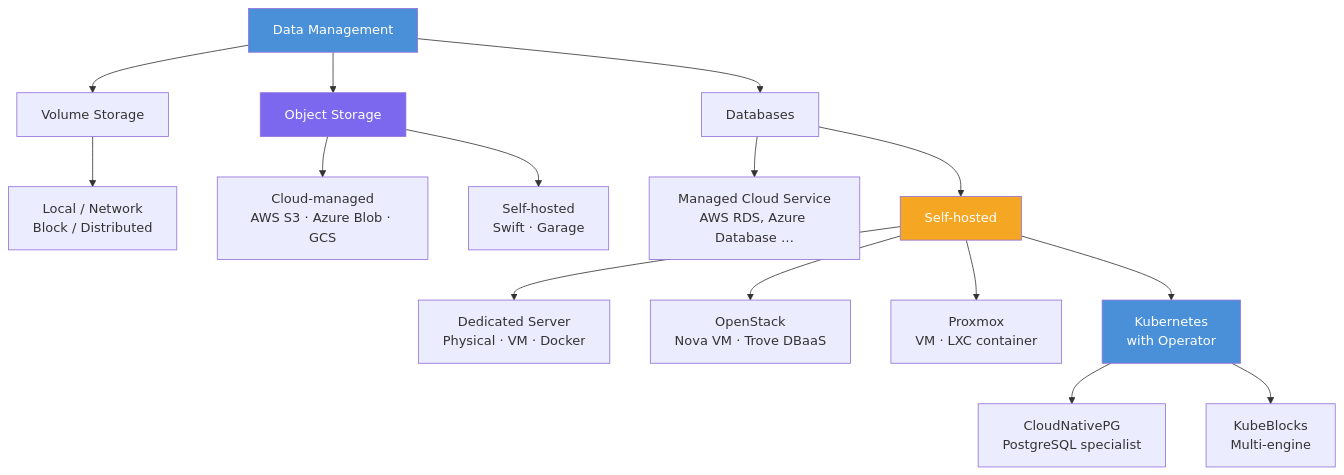
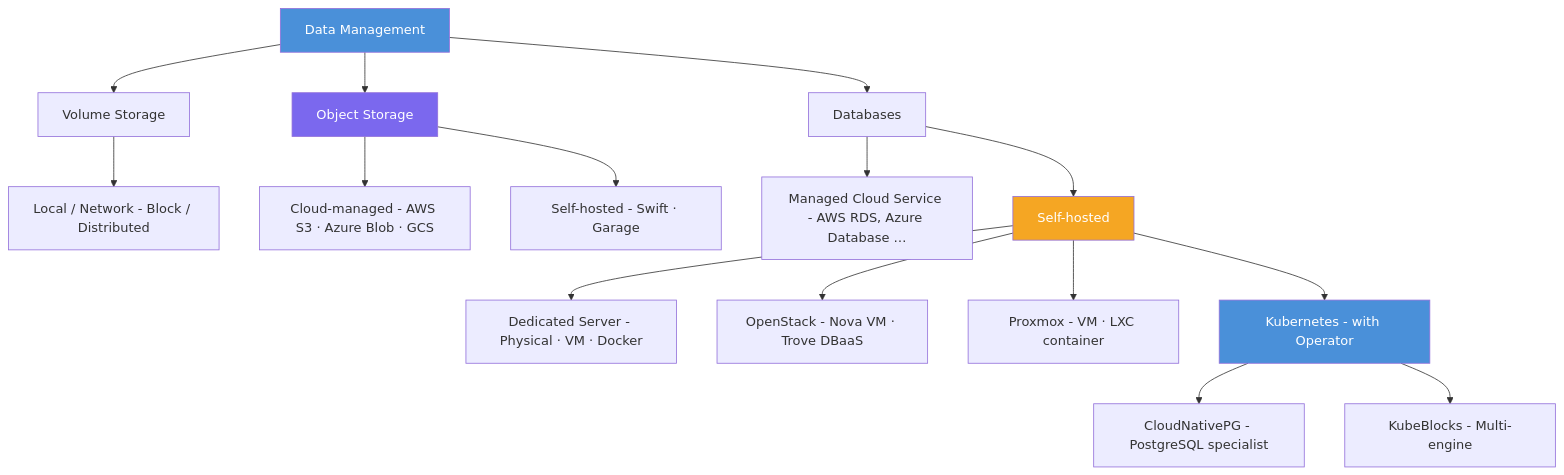
The fifth of 5 diagrams in pages/Data_storage.qmd (abecam/DeKCD-DMOnTheCloud), drawn with Mermaid before and after one commit. The commit also changed other lines of this file, not shown here.

Commit message:
Fixed mermaid schemas (\n replaced to -).

````diff
--- a/pages/Data_storage.qmd
+++ b/pages/Data_storage.qmd
@@ -234,26 +234,26 @@
 ```{mermaid}
 flowchart TD
     DM[Data Management]
     DM --> VS[Volume Storage]
     DM --> OS[Object Storage]
     DM --> DB[Databases]
 
-    VS --> LT[Local / Network\nBlock / Distributed]
+    VS --> LT[Local / Network - Block / Distributed]
 
-    OS --> SAAS[Cloud-managed\nAWS S3 · Azure Blob · GCS]
-    OS --> SH[Self-hosted\nSwift · Garage]
+    OS --> SAAS[Cloud-managed - AWS S3 · Azure Blob · GCS]
+    OS --> SH[Self-hosted - Swift · Garage]
 
-    DB --> MS[Managed Cloud Service\nAWS RDS, Azure Database …]
+    DB --> MS[Managed Cloud Service - AWS RDS, Azure Database …]
     DB --> SELF[Self-hosted]
-    SELF --> DS[Dedicated Server\nPhysical · VM · Docker]
-    SELF --> OST[OpenStack\nNova VM · Trove DBaaS]
-    SELF --> PX[Proxmox\nVM · LXC container]
-    SELF --> K8S[Kubernetes\nwith Operator]
-    K8S --> CNPG[CloudNativePG\nPostgreSQL specialist]
-    K8S --> KB[KubeBlocks\nMulti-engine]
+    SELF --> DS[Dedicated Server - Physical · VM · Docker]
+    SELF --> OST[OpenStack - Nova VM · Trove DBaaS]
+    SELF --> PX[Proxmox - VM · LXC container]
+    SELF --> K8S[Kubernetes - with Operator]
+    K8S --> CNPG[CloudNativePG - PostgreSQL specialist]
+    K8S --> KB[KubeBlocks - Multi-engine]
 
     style DM fill:#4A90D9,color:#fff
     style OS fill:#7B68EE,color:#fff
     style SELF fill:#F5A623,color:#fff
     style K8S fill:#4A90D9,color:#fff
 ```
````
